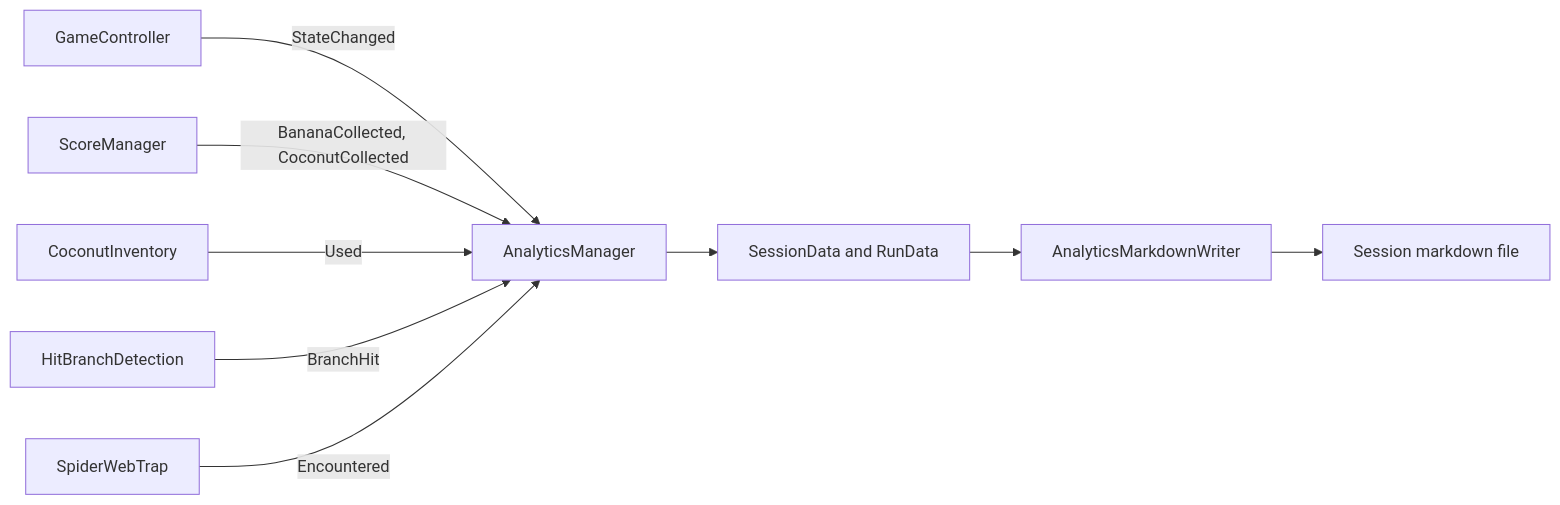
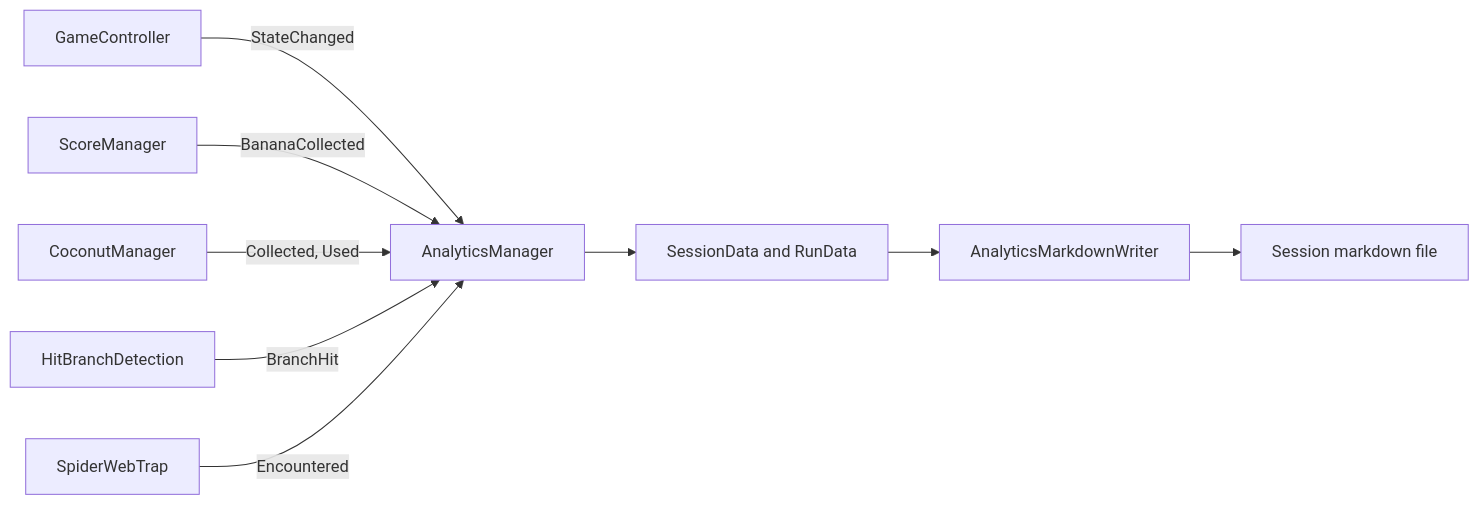
The diagram in docs/analytics-doc.md (CSCI-526/Team4-Lu_Lu), drawn with Mermaid before and after one commit. The commit also changed other lines of this file and 6 other files, not shown here.

First line of the commit message:
document CoconutManager, the HUD split and the thrown coconut

````diff
--- a/docs/analytics-doc.md
+++ b/docs/analytics-doc.md
@@ -13,11 +13,11 @@
 ```mermaid
 graph LR
   Game[GameController] -->|StateChanged| AM[AnalyticsManager]
-  Score[ScoreManager] -->|BananaCollected, CoconutCollected| AM
-  Coconut[CoconutInventory] -->|Used| AM
+  Score[ScoreManager] -->|BananaCollected| AM
+  Coconut[CoconutManager] -->|Collected, Used| AM
   Hit[HitBranchDetection] -->|BranchHit| AM
   Web[SpiderWebTrap] -->|Encountered| AM
   AM --> Data[SessionData and RunData]
   Data --> Writer[AnalyticsMarkdownWriter]
   Writer --> File[Session markdown file]
 ```
````
